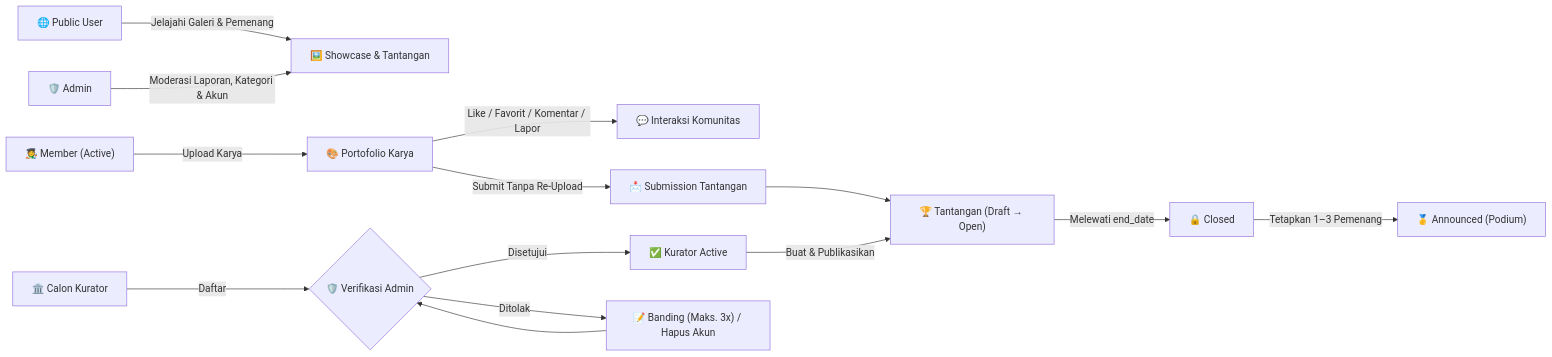
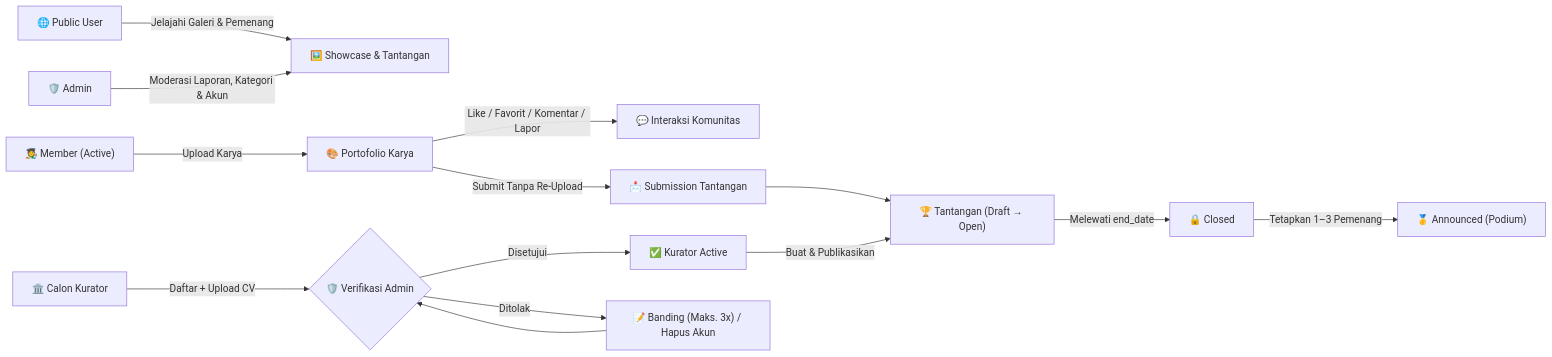
One commit to ahmaddfauzi14/Artiva changed the diagram in README.md. Above: the diagram before and after it, drawn with Mermaid. The commit also changed other lines of this file, not shown here.

````diff
--- a/README.md
+++ b/README.md
@@ -140,20 +398,20 @@
 ```mermaid
 flowchart LR
     P["🌐 Public User"] -->|"Jelajahi Galeri & Pemenang"| G["🖼️ Showcase & Tantangan"]
 
     M["🧑‍🎨 Member (Active)"] -->|"Upload Karya"| A["🎨 Portofolio Karya"]
     A -->|"Like / Favorit / Komentar / Lapor"| C["💬 Interaksi Komunitas"]
     A -->|"Submit Tanpa Re-Upload"| S["📩 Submission Tantangan"]
 
-    K["🏛️ Calon Kurator"] -->|"Daftar"| V{"🛡️ Verifikasi Admin"}
+    K["🏛️ Calon Kurator"] -->|"Daftar + Upload CV"| V{"🛡️ Verifikasi Admin"}
     V -->|"Disetujui"| KA["✅ Kurator Active"]
     V -->|"Ditolak"| B["📝 Banding (Maks. 3x) / Hapus Akun"]
     B --> V
 
     KA -->|"Buat & Publikasikan"| T["🏆 Tantangan (Draft → Open)"]
     S --> T
     T -->|"Melewati end_date"| CL["🔒 Closed"]
     CL -->|"Tetapkan 1–3 Pemenang"| AN["🥇 Announced (Podium)"]
 
     AD["🛡️ Admin"] -->|"Moderasi Laporan, Kategori & Akun"| G
 ```
````
